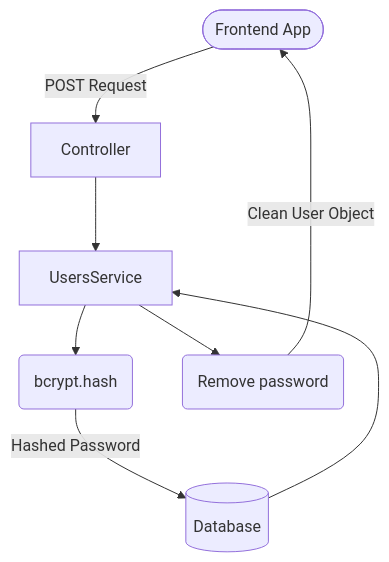
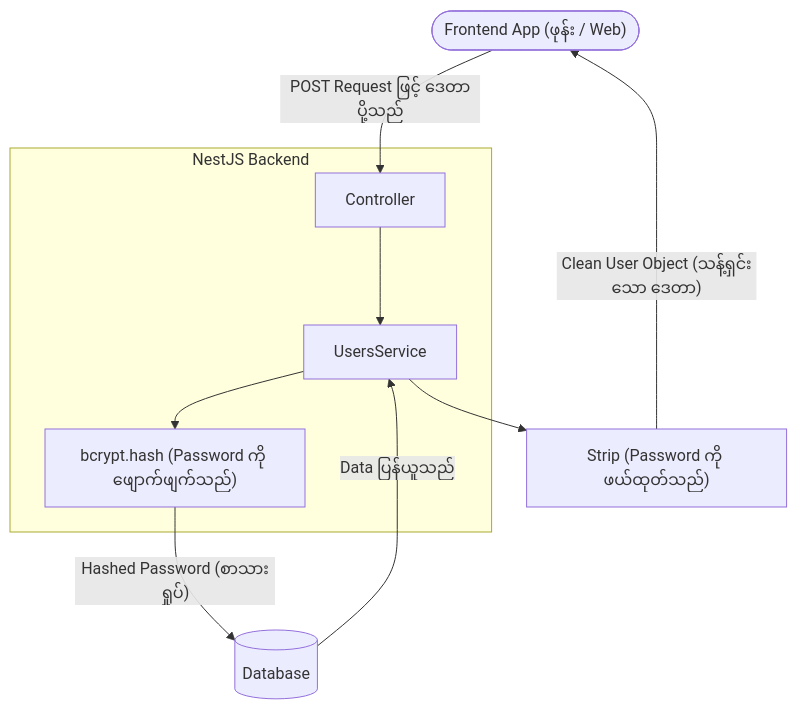
One commit to ayechanaungdev/full-stack-development changed the diagram in system-docs/day-05-complete-guide.md. Above: the diagram before and after it, drawn with Mermaid. The commit also changed other lines of this file and 13 other files, not shown here.

````diff
--- a/system-docs/day-05-complete-guide.md
+++ b/system-docs/day-05-complete-guide.md
@@ -11,10 +11,14 @@
 ```mermaid
 graph TD
-    Client([Frontend App]) -->|"POST Request"| Controller
-    Controller --> Service[UsersService]
-    Service --> Hash(bcrypt.hash)
-    Hash -->|"Hashed Password"| DB[(Database)]
-    DB --> Service
-    Service --> Strip(Remove password)
-    Strip -->|"Clean User Object"| Client
+    Client(["Frontend App (ဖုန်း / Web)"]) -->|"POST Request ဖြင့် ဒေတာပို့သည်"| Controller
+
+    subgraph Backend ["NestJS Backend"]
+        Controller --> Service["UsersService"]
+        Service --> Hash["bcrypt.hash (Password ကို ဖျောက်ဖျက်သည်)"]
+    end
+
+    Hash -->|"Hashed Password (စာသားရှုပ်)"| DB[("Database")]
+    DB -->|"Data ပြန်ယူသည်"| Service
+    Service --> Strip["Strip (Password ကို ဖယ်ထုတ်သည်)"]
+    Strip -->|"Clean User Object (သန့်ရှင်းသော ဒေတာ)"| Client
 ```
````
